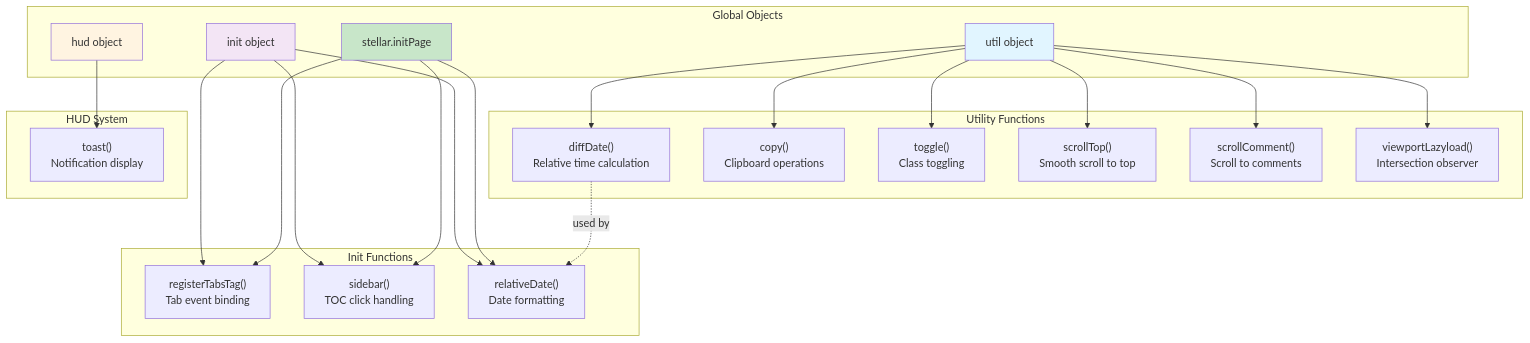
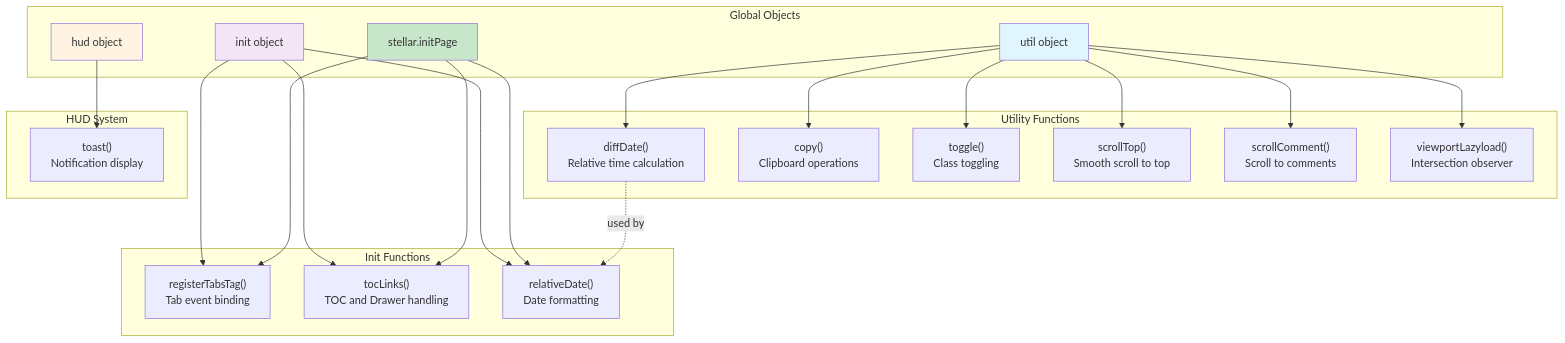
The first of 6 diagrams in docs/knowledge/05-前端交互/tabs-utils.md (xaoxuu/hexo-theme-stellar), drawn with Mermaid before and after one commit. The commit also changed other lines of this file and 287 other files, not shown here.

````diff
--- a/docs/knowledge/05-前端交互/tabs-utils.md
+++ b/docs/knowledge/05-前端交互/tabs-utils.md
@@ -33,52 +33,52 @@
 ```mermaid
 graph TB
     subgraph "Global Objects"
         util["util object"]
         hud["hud object"]
         init["init object"]
         stellar["stellar.initPage"]
     end
     
     subgraph "Utility Functions"
         diffDate["diffDate()<br/>Relative time calculation"]
         copy["copy()<br/>Clipboard operations"]
         toggle["toggle()<br/>Class toggling"]
         scrollTop["scrollTop()<br/>Smooth scroll to top"]
         scrollComment["scrollComment()<br/>Scroll to comments"]
         viewportLazyload["viewportLazyload()<br/>Intersection observer"]
     end
     
     subgraph "Init Functions"
         registerTabs["registerTabsTag()<br/>Tab event binding"]
-        sidebar["sidebar()<br/>TOC click handling"]
+        tocLinks["tocLinks()<br/>TOC and Drawer handling"]
         relativeDate["relativeDate()<br/>Date formatting"]
     end
     
     subgraph "HUD System"
         toast["toast()<br/>Notification display"]
     end
     
     util --> diffDate
     util --> copy
     util --> toggle
     util --> scrollTop
     util --> scrollComment
     util --> viewportLazyload
     
     hud --> toast
     
     init --> registerTabs
-    init --> sidebar
+    init --> tocLinks
     init --> relativeDate
     
     stellar --> registerTabs
-    stellar --> sidebar
+    stellar --> tocLinks
     stellar --> relativeDate
     
     diffDate -.used by.-> relativeDate
     
     style util fill:#e1f5ff
     style hud fill:#fff4e1
     style init fill:#f3e5f5
     style stellar fill:#c8e6c9
 ```
````
